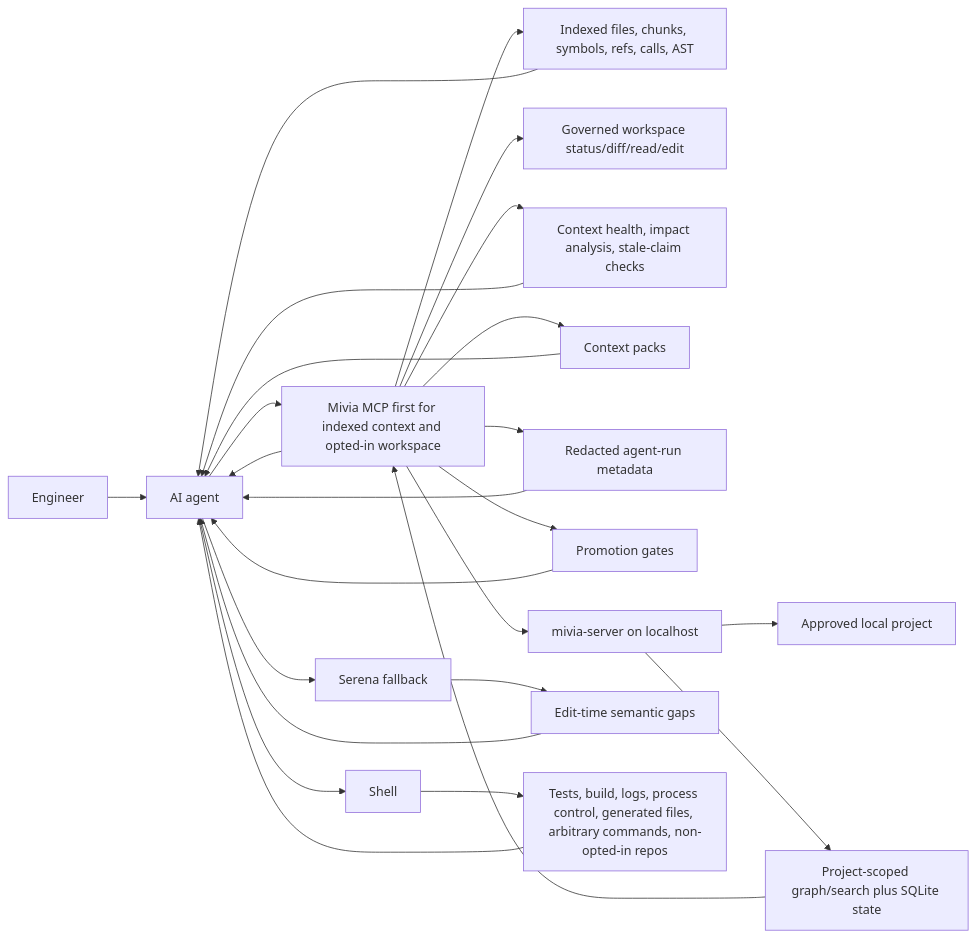
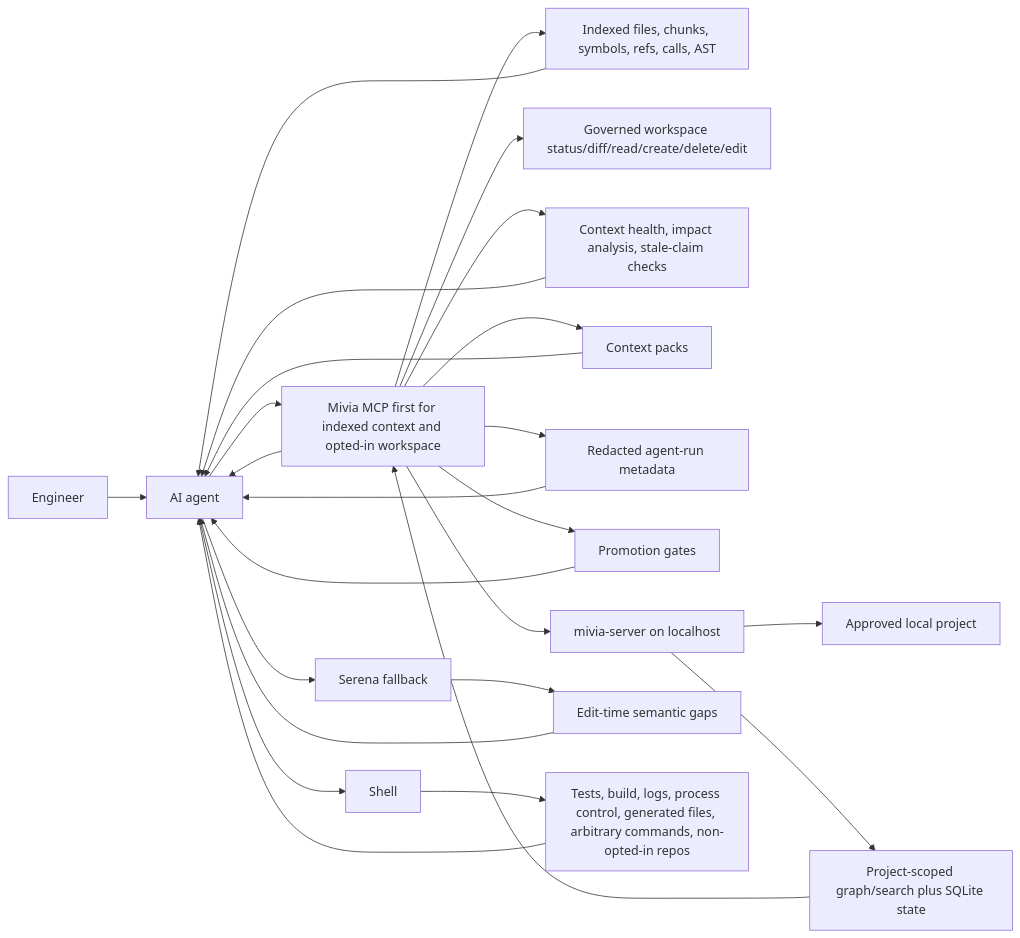
The diagram in docs/agent-context-guide.md (MiviaLabs/go-mivia), drawn with Mermaid before and after one commit. The commit also changed other lines of this file and 16 other files, not shown here.

Commit message:
feat(mcp): add workspace file create and delete

````diff
--- a/docs/agent-context-guide.md
+++ b/docs/agent-context-guide.md
@@ -20,27 +20,27 @@
 ```mermaid
 flowchart LR
   Engineer["Engineer"] --> Agent["AI agent"]
   Agent --> MCP["Mivia MCP first for indexed context and opted-in workspace"]
   Agent --> Serena["Serena fallback"]
   Agent --> Shell["Shell"]
   MCP --> Indexed["Indexed files, chunks, symbols, refs, calls, AST"]
-  MCP --> Workspace["Governed workspace status/diff/read/edit"]
+  MCP --> Workspace["Governed workspace status/diff/read/create/delete/edit"]
   MCP --> Reliability["Context health, impact analysis, stale-claim checks"]
   MCP --> ContextPack["Context packs"]
   MCP --> AgentRuns["Redacted agent-run metadata"]
   MCP --> Promotion["Promotion gates"]
   MCP --> Server["mivia-server on localhost"]
   Server --> Project["Approved local project"]
   Server --> Store["Project-scoped graph/search plus SQLite state"]
   Store --> MCP
   Indexed --> Agent
   Reliability --> Agent
   ContextPack --> Agent
   AgentRuns --> Agent
   Promotion --> Agent
   Serena --> Code["Edit-time semantic gaps"]
   Shell --> Disk["Tests, build, logs, process control, generated files, arbitrary commands, non-opted-in repos"]
   Code --> Agent
   Disk --> Agent
   MCP --> Agent
 ```
````
